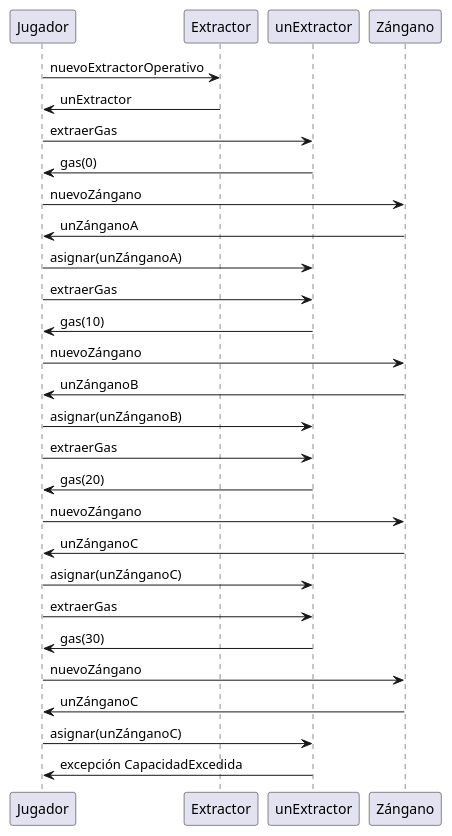
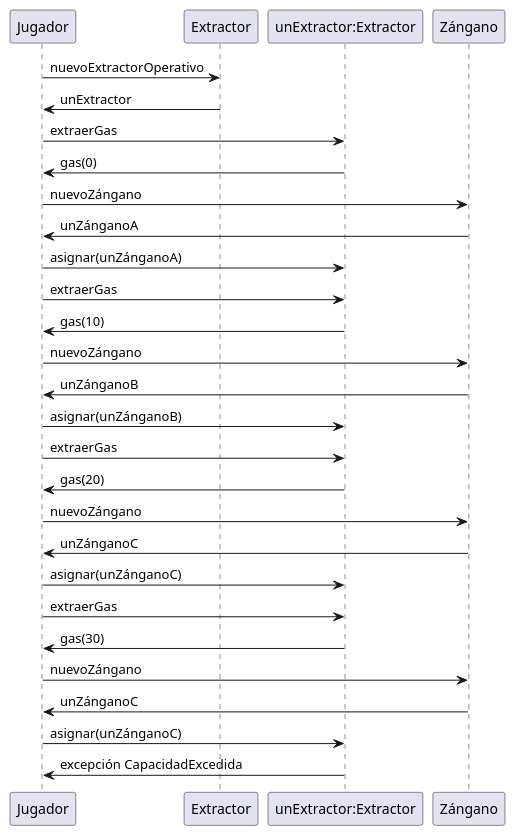
Before and after one commit to nicolasgirardi/algo3_TP2_AlgoStar: the diagram in diagrams/sequences/CasoDeUso4/ExtractorSinSanganos.puml, drawn with PlantUML. The commit also changed 5 other files, not shown here.

```diff
--- a/diagrams/sequences/CasoDeUso4/ExtractorSinSanganos.puml
+++ b/diagrams/sequences/CasoDeUso4/ExtractorSinSanganos.puml
@@ -1,40 +1,40 @@
 @startuml
 'https://plantuml.com/sequence-diagram
 
 Jugador -> Extractor: nuevoExtractorOperativo
 Extractor -> Jugador: unExtractor
 
-Jugador -> unExtractor: extraerGas
-unExtractor -> Jugador: gas(0)
+Jugador -> "unExtractor:Extractor": extraerGas
+"unExtractor:Extractor" -> Jugador: gas(0)
 
 Jugador -> Zángano: nuevoZángano
 Zángano -> Jugador: unZánganoA
 
-Jugador -> unExtractor: asignar(unZánganoA)
+Jugador -> "unExtractor:Extractor": asignar(unZánganoA)
 
-Jugador -> unExtractor: extraerGas
-unExtractor -> Jugador: gas(10)
+Jugador -> "unExtractor:Extractor": extraerGas
+"unExtractor:Extractor" -> Jugador: gas(10)
 
 Jugador -> Zángano: nuevoZángano
 Zángano -> Jugador: unZánganoB
 
-Jugador -> unExtractor: asignar(unZánganoB)
+Jugador -> "unExtractor:Extractor": asignar(unZánganoB)
 
-Jugador -> unExtractor: extraerGas
-unExtractor -> Jugador: gas(20)
+Jugador -> "unExtractor:Extractor": extraerGas
+"unExtractor:Extractor" -> Jugador: gas(20)
 
 Jugador -> Zángano: nuevoZángano
 Zángano -> Jugador: unZánganoC
 
-Jugador -> unExtractor: asignar(unZánganoC)
+Jugador -> "unExtractor:Extractor": asignar(unZánganoC)
 
-Jugador -> unExtractor: extraerGas
-unExtractor -> Jugador: gas(30)
+Jugador -> "unExtractor:Extractor": extraerGas
+"unExtractor:Extractor" -> Jugador: gas(30)
 
 Jugador -> Zángano: nuevoZángano
 Zángano -> Jugador: unZánganoC
 
-Jugador -> unExtractor: asignar(unZánganoC)
-unExtractor -> Jugador: excepción CapacidadExcedida
+Jugador -> "unExtractor:Extractor": asignar(unZánganoC)
+"unExtractor:Extractor" -> Jugador: excepción CapacidadExcedida
 
 @enduml
```
